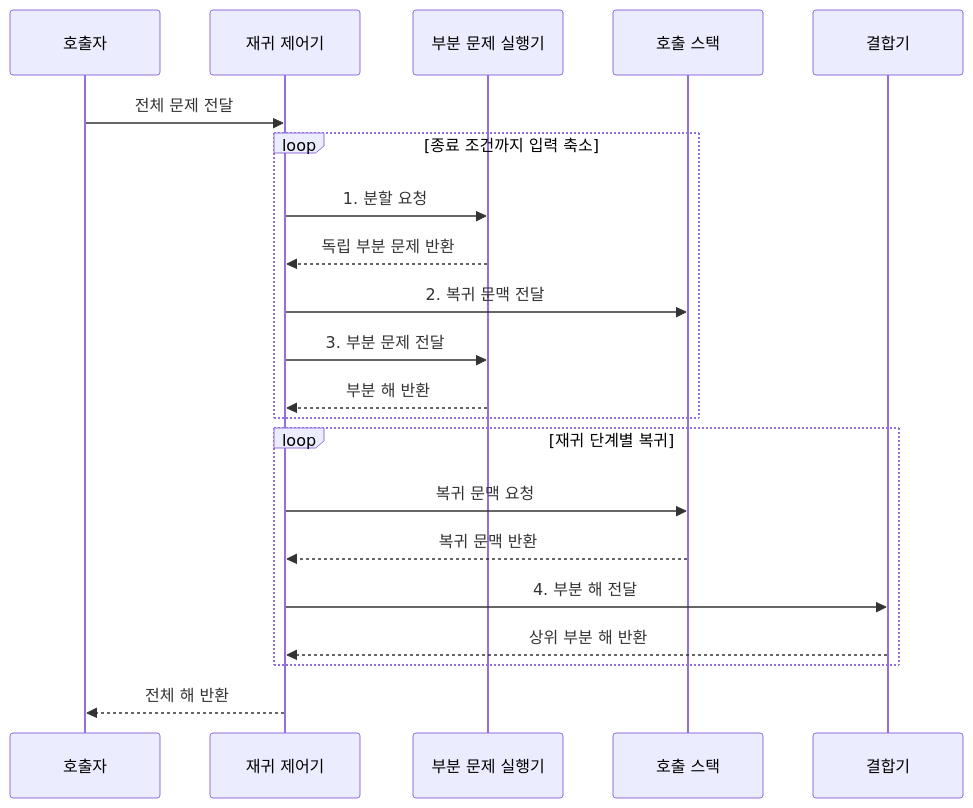
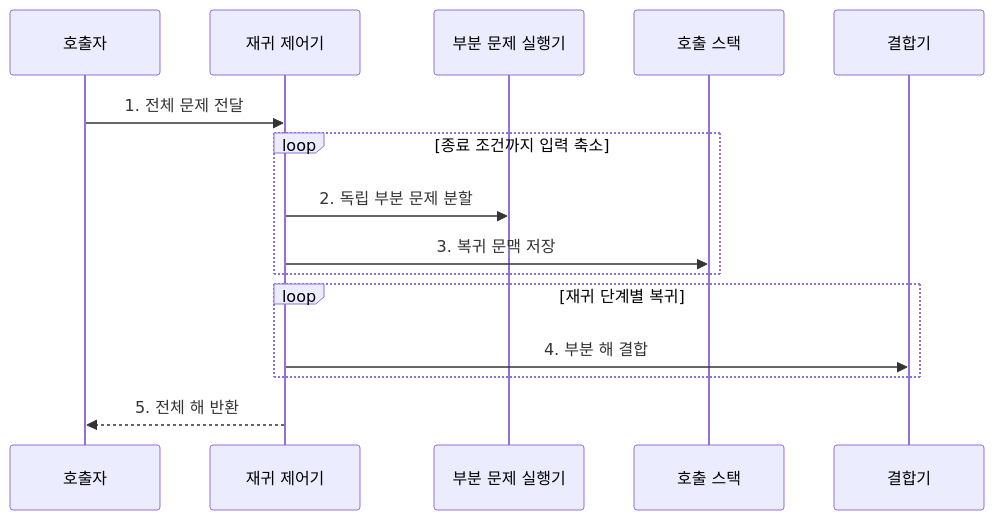
The second of 2 diagrams in src/content/docs/notes/01-basic-theory/014_divide_and_conquer.md (agnusdei1207/knowledge-base), drawn with Mermaid before and after one commit. The commit also changed other lines of this file and 28 other files, not shown here.

````diff
--- a/src/content/docs/notes/01-basic-theory/014_divide_and_conquer.md
+++ b/src/content/docs/notes/01-basic-theory/014_divide_and_conquer.md
@@ -100,23 +87,17 @@
 ```mermaid
 sequenceDiagram
     participant Q as 호출자
     participant R as 재귀 제어기
     participant P as 부분 문제 실행기
     participant S as 호출 스택
     participant C as 결합기
-    Q->>R: 전체 문제 전달
+    Q->>R: 1. 전체 문제 전달
     loop 종료 조건까지 입력 축소
-        R->>P: 1. 분할 요청
-        P-->>R: 독립 부분 문제 반환
-        R->>S: 2. 복귀 문맥 전달
-        R->>P: 3. 부분 문제 전달
-        P-->>R: 부분 해 반환
+        R->>P: 2. 독립 부분 문제 분할
+        R->>S: 3. 복귀 문맥 저장
     end
     loop 재귀 단계별 복귀
-        R->>S: 복귀 문맥 요청
-        S-->>R: 복귀 문맥 반환
-        R->>C: 4. 부분 해 전달
-        C-->>R: 상위 부분 해 반환
+        R->>C: 4. 부분 해 결합
     end
-    R-->>Q: 전체 해 반환
+    R-->>Q: 5. 전체 해 반환
 ```
````
